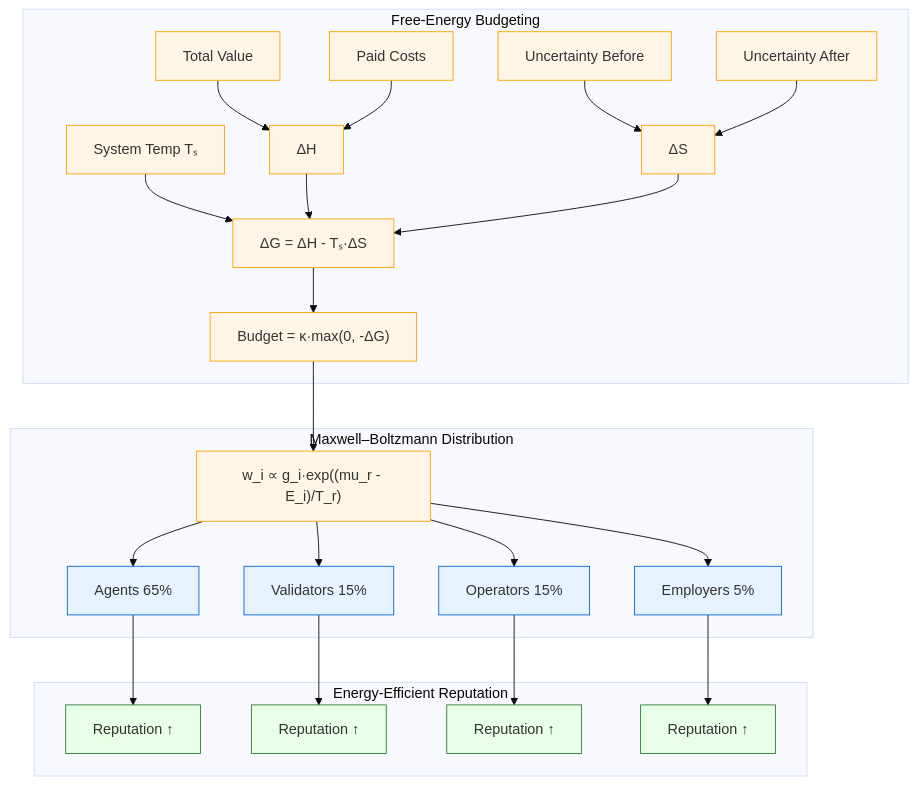
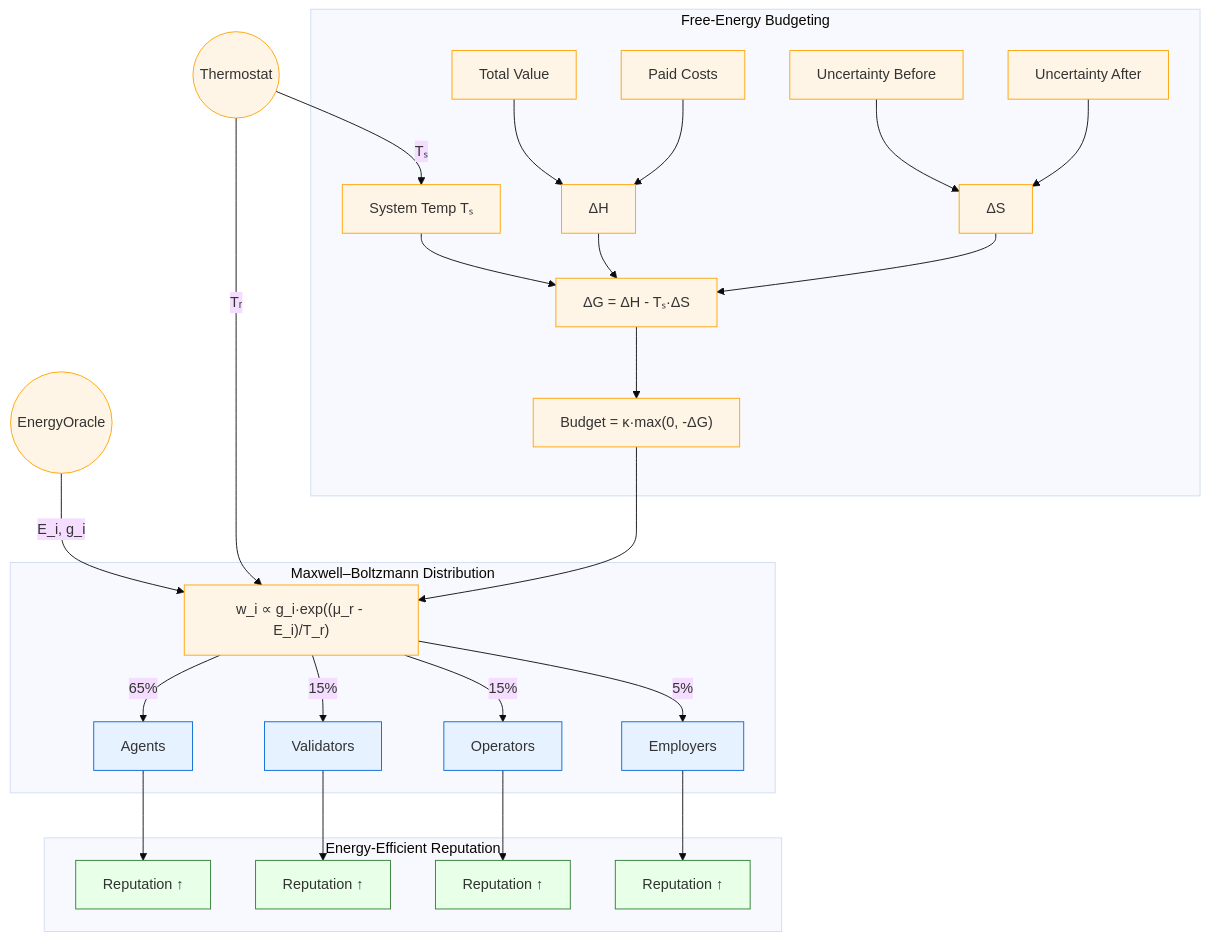
Before and after one commit to MontrealAI/AGIJobsv0: the first of 2 diagrams in README.md, drawn with Mermaid (base theme). The commit also changed 1 other file, not shown here.

Commit message:
docs: enrich thermodynamic incentive diagrams

````diff
--- a/README.md
+++ b/README.md
@@ -58,37 +58,41 @@
 ```mermaid
 flowchart TB
     %% Thermodynamic free-energy budgeting and allocation
+    EO((EnergyOracle)) -- "E_i, g_i" --> weights
+    TH((Thermostat)) -- Tₛ --> T
+    TH -- Tᵣ --> weights
+
     subgraph Budgeting["Free-Energy Budgeting"]
         V[Total Value] --> dH["ΔH"]
         C[Paid Costs] --> dH
         Upre[Uncertainty Before] --> dS["ΔS"]
         Upost[Uncertainty After] --> dS
         T[System Temp Tₛ] --> dG["ΔG = ΔH - Tₛ·ΔS"]
         dH --> dG
         dS --> dG
         dG --> budget["Budget = κ·max(0, -ΔG)"]
     end
 
     subgraph MB["Maxwell–Boltzmann Distribution"]
-        budget --> weights["w_i ∝ g_i·exp((mu_r - E_i)/T_r)"]
-        weights --> Agents["Agents 65%"]
-        weights --> Validators["Validators 15%"]
-        weights --> Operators["Operators 15%"]
-        weights --> Employers["Employers 5%"]
+        budget --> weights["w_i ∝ g_i·exp((μ_r - E_i)/T_r)"]
+        weights -->|65%| Agents[Agents]
+        weights -->|15%| Validators[Validators]
+        weights -->|15%| Operators[Operators]
+        weights -->|5%| Employers[Employers]
     end
 
     subgraph Reputation["Energy‑Efficient Reputation"]
         Agents --> RA["Reputation ↑"]
         Validators --> RV["Reputation ↑"]
         Operators --> RO["Reputation ↑"]
         Employers --> RE["Reputation ↑"]
     end
 
     classDef thermo fill:#fff5e6,stroke:#ffa200,stroke-width:1px;
     classDef role fill:#e6f2ff,stroke:#0366d6,stroke-width:1px;
     classDef rep fill:#e8ffe8,stroke:#2e7d32,stroke-width:1px;
 
-    class V,C,Upre,Upost,T,dH,dS,dG,budget,weights thermo;
+    class V,C,Upre,Upost,T,dH,dS,dG,budget,weights,EO,TH thermo;
     class Agents,Validators,Operators,Employers role;
     class RA,RV,RO,RE rep;
 ```
````
